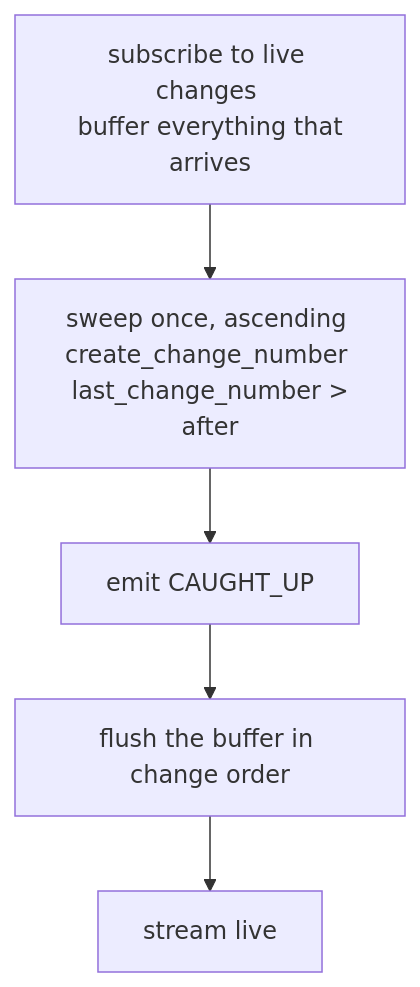
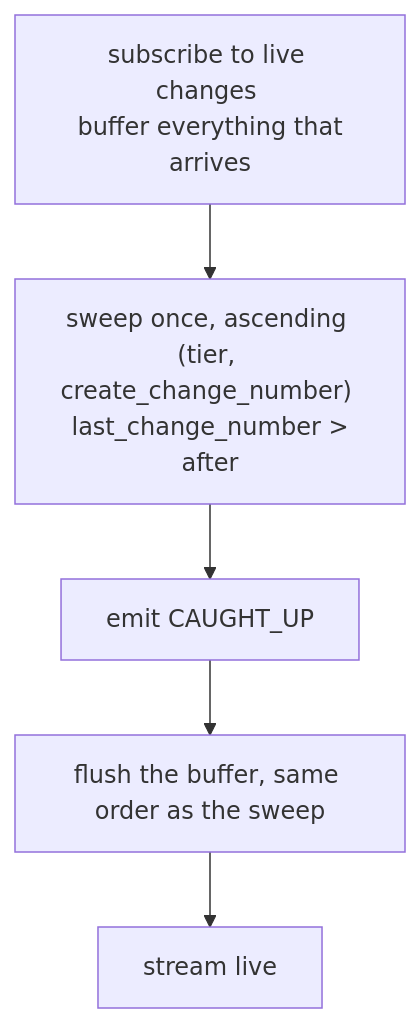
The diagram in architecture/07-sync-streaming.md (DKE-Data/masterdata-sync-working-group), drawn with Mermaid before and after one commit. The commit also changed other lines of this file, not shown here.

First line of the commit message:
add tier ordering to sweep

````diff
--- a/architecture/07-sync-streaming.md
+++ b/architecture/07-sync-streaming.md
@@ -148,12 +163,12 @@
 ```mermaid
 flowchart TB
     SUB["subscribe to live changes \n buffer everything that arrives"]
-    SWEEP["sweep once, ascending create_change_number \n last_change_number &gt; after"]
+    SWEEP["sweep once, ascending (tier, create_change_number) \n last_change_number &gt; after"]
     MARK["emit CAUGHT_UP"]
-    FLUSH["flush the buffer in change order"]
+    FLUSH["flush the buffer, same order as the sweep"]
     LIVE["stream live"]
     SUB --> SWEEP
     SWEEP --> MARK
     MARK --> FLUSH
     FLUSH --> LIVE
 ```
````
